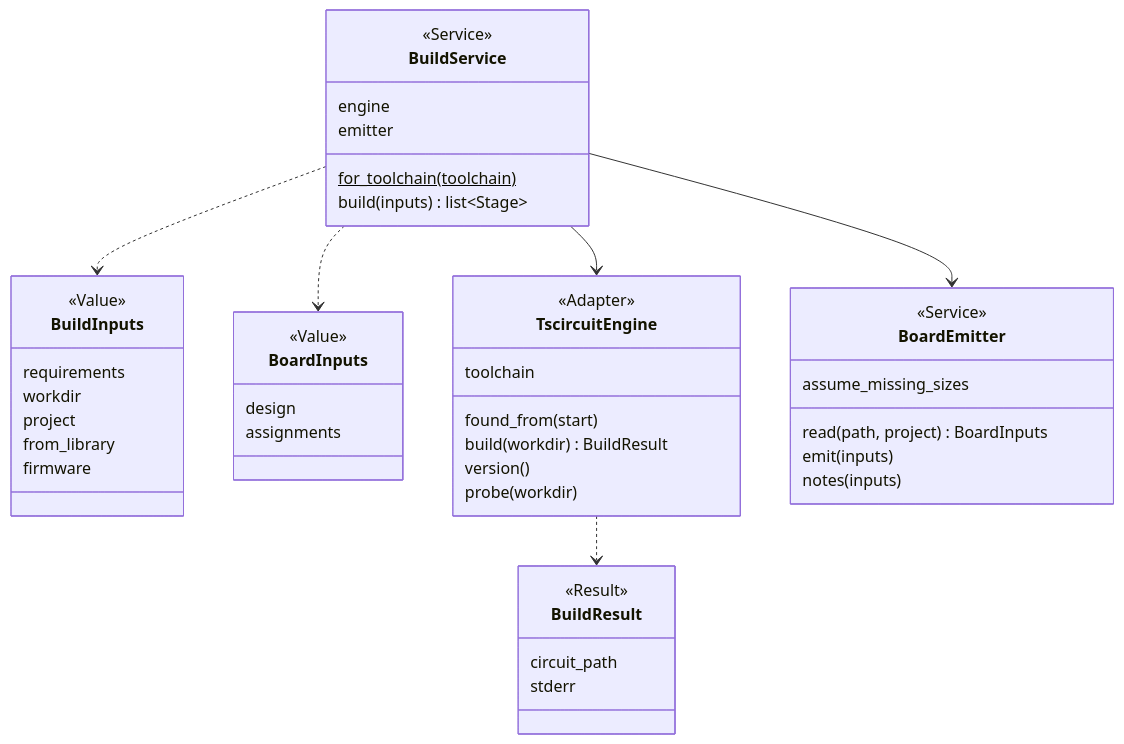
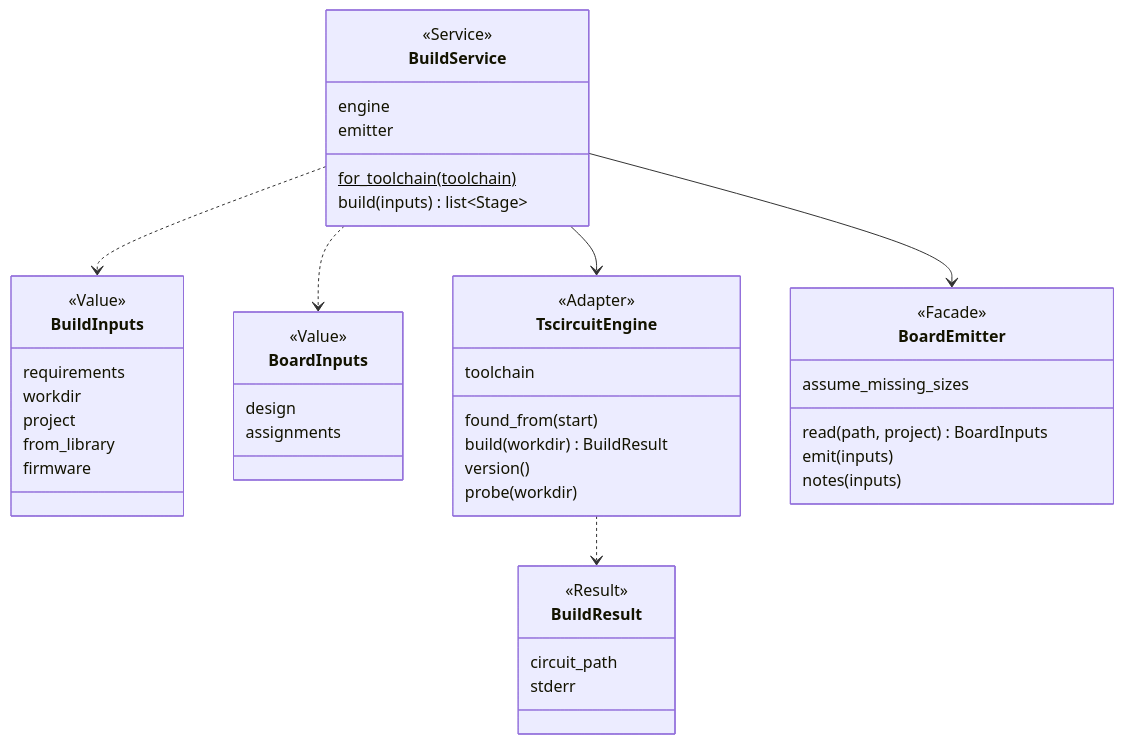
One commit to xmejkal/spark changed the first of 2 diagrams in docs/discovery/2026-10-19-p323-target-architecture/architecture/areas/build.md. Above: the diagram before and after it, drawn with Mermaid. The commit also changed other lines of this file and 17 other files, not shown here.

````diff
--- a/docs/discovery/2026-10-19-p323-target-architecture/architecture/areas/build.md
+++ b/docs/discovery/2026-10-19-p323-target-architecture/architecture/areas/build.md
@@ -54,48 +54,48 @@
 ```mermaid
 classDiagram
   class BuildService {
     <<Service>>
     engine
     emitter
     for_toolchain(toolchain)$
     build(inputs) list~Stage~
   }
   class BuildInputs {
     <<Value>>
     requirements
     workdir
     project
     from_library
     firmware
   }
   class BoardInputs {
     <<Value>>
     design
     assignments
   }
   class BuildResult {
     <<Result>>
     circuit_path
     stderr
   }
   class TscircuitEngine {
     <<Adapter>>
     toolchain
     found_from(start)
     build(workdir) BuildResult
     version()
     probe(workdir)
   }
   class BoardEmitter {
-    <<Service>>
+    <<Facade>>
     assume_missing_sizes
     read(path, project) BoardInputs
     emit(inputs)
     notes(inputs)
   }
   BuildService --> TscircuitEngine
   BuildService --> BoardEmitter
   BuildService ..> BuildInputs
   BuildService ..> BoardInputs
   TscircuitEngine ..> BuildResult
 ```
````
